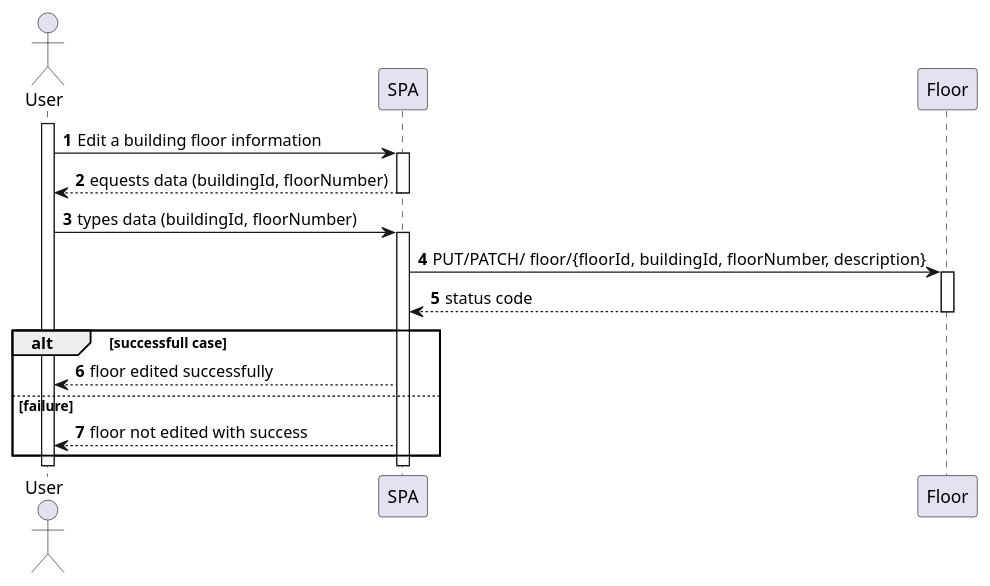
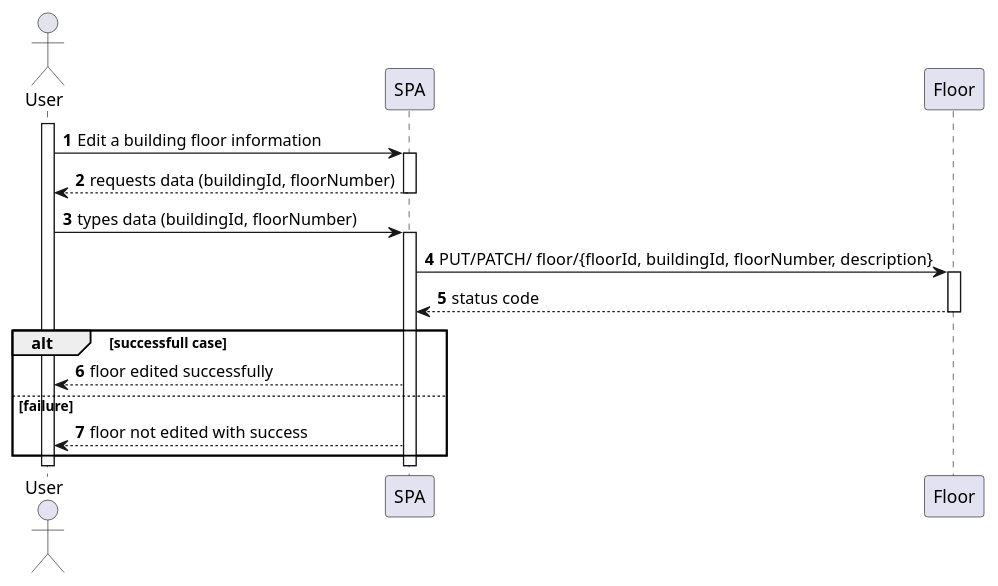
One commit to 1211134PedroViana/SEM_PI_23-24_G14 changed the diagram in documentation/sprintA/us200/Level 2/US200.puml. Above: the diagram before and after it, drawn with PlantUML. The commit also changed 4 other files, not shown here.

```diff
--- a/documentation/sprintA/us200/Level 2/US200.puml
+++ b/documentation/sprintA/us200/Level 2/US200.puml
@@ -1,29 +1,29 @@
 @startuml
 
 autonumber
 
 Actor User
 activate User
 User -> SPA : Edit a building floor information
 activate SPA
 
-SPA --> User : equests data (buildingId, floorNumber)
+SPA --> User : requests data (buildingId, floorNumber)
 deactivate SPA
 
 User -> SPA : types data (buildingId, floorNumber)
 activate SPA
 
 SPA -> Floor : PUT/PATCH/ floor/{floorId, buildingId, floorNumber, description}
 activate Floor
 
 Floor --> SPA : status code
 deactivate Floor
 
 alt successfull case
     SPA --> User : floor edited successfully
 else failure
     SPA --> User : floor not edited with success
 end
 
 
 @enduml
```
